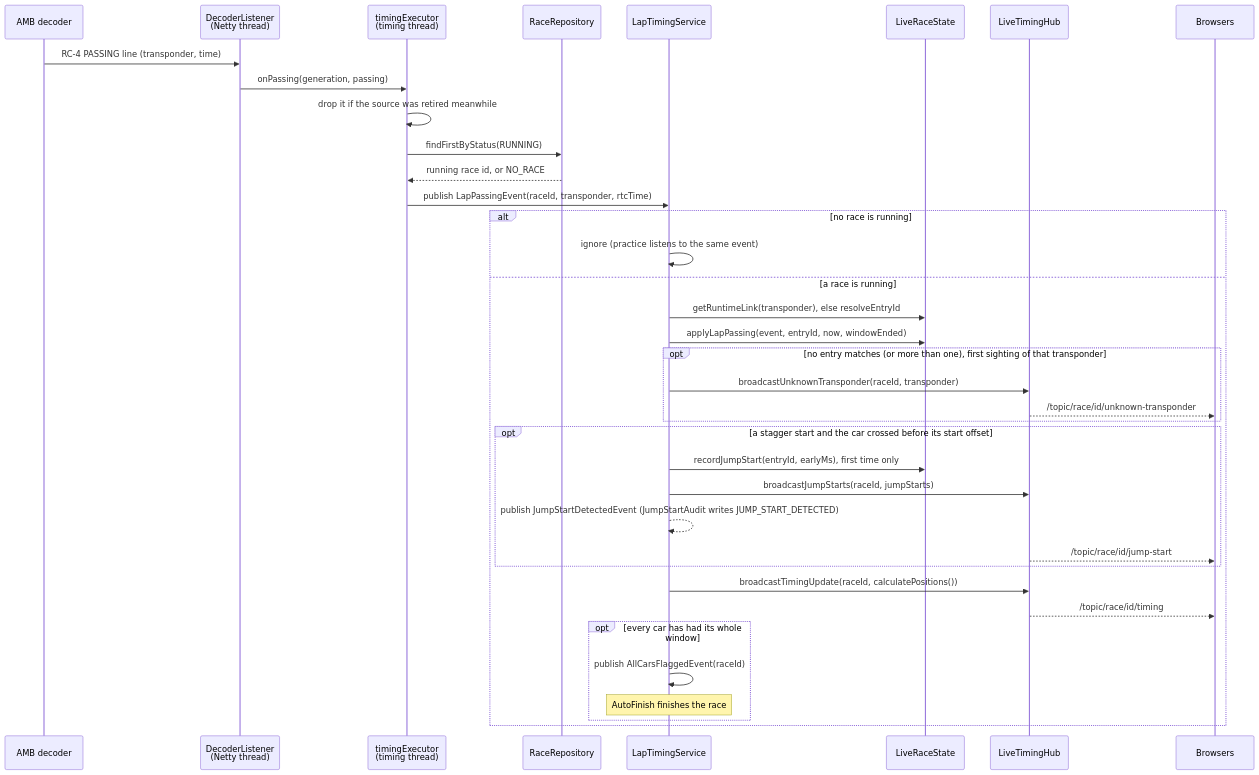
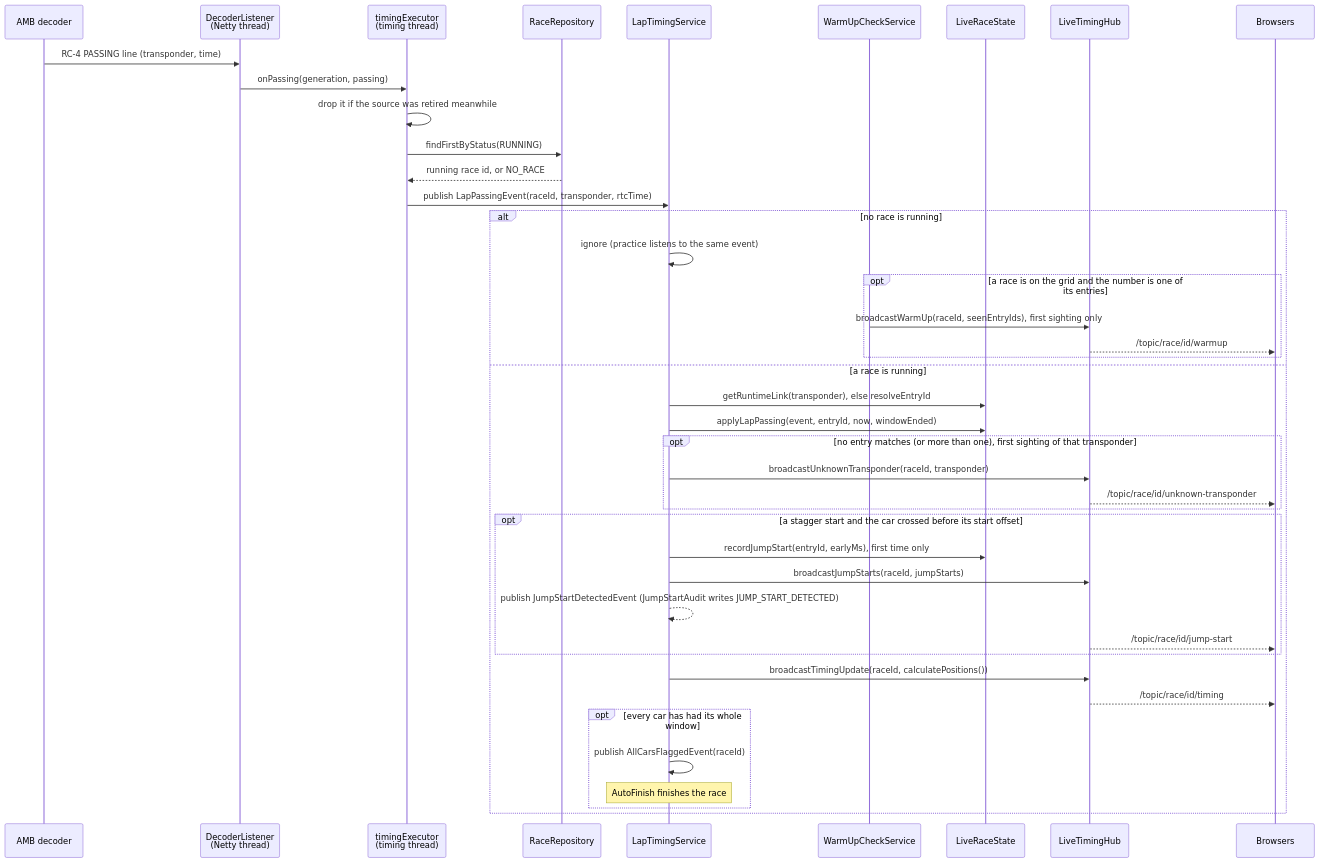
One commit to RCRaceHub/RCTimingControl changed the first of 10 diagrams in docs/developer/sequences.md. Above: the diagram before and after it, drawn with Mermaid. The commit also changed 16 other files, not shown here.

First line of the commit message:
Warm-up lap check: show which transponders of a race on the grid the decoder has seen (#482)

````diff
--- a/docs/developer/sequences.md
+++ b/docs/developer/sequences.md
@@ -18,40 +18,45 @@
 ```mermaid
 sequenceDiagram
     participant Dec as AMB decoder
     participant DL as DecoderListener<br/>(Netty thread)
     participant TE as timingExecutor<br/>(timing thread)
     participant RR as RaceRepository
     participant LTS as LapTimingService
+    participant WU as WarmUpCheckService
     participant LRS as LiveRaceState
     participant Hub as LiveTimingHub
     participant B as Browsers
 
     Dec->>DL: RC-4 PASSING line (transponder, time)
     DL->>TE: onPassing(generation, passing)
     TE->>TE: drop it if the source was retired meanwhile
     TE->>RR: findFirstByStatus(RUNNING)
     RR-->>TE: running race id, or NO_RACE
     TE->>LTS: publish LapPassingEvent(raceId, transponder, rtcTime)
     alt no race is running
         LTS->>LTS: ignore (practice listens to the same event)
+        opt a race is on the grid and the number is one of its entries
+            WU->>Hub: broadcastWarmUp(raceId, seenEntryIds), first sighting only
+            Hub-->>B: /topic/race/id/warmup
+        end
     else a race is running
         LTS->>LRS: getRuntimeLink(transponder), else resolveEntryId
         LTS->>LRS: applyLapPassing(event, entryId, now, windowEnded)
         opt no entry matches (or more than one), first sighting of that transponder
             LTS->>Hub: broadcastUnknownTransponder(raceId, transponder)
             Hub-->>B: /topic/race/id/unknown-transponder
         end
         opt a stagger start and the car crossed before its start offset
             LTS->>LRS: recordJumpStart(entryId, earlyMs), first time only
             LTS->>Hub: broadcastJumpStarts(raceId, jumpStarts)
             LTS-->>LTS: publish JumpStartDetectedEvent (JumpStartAudit writes JUMP_START_DETECTED)
             Hub-->>B: /topic/race/id/jump-start
         end
         LTS->>Hub: broadcastTimingUpdate(raceId, calculatePositions())
         Hub-->>B: /topic/race/id/timing
         opt every car has had its whole window
             LTS->>LTS: publish AllCarsFlaggedEvent(raceId)
             Note over LTS: AutoFinish finishes the race
         end
     end
 ```
````
